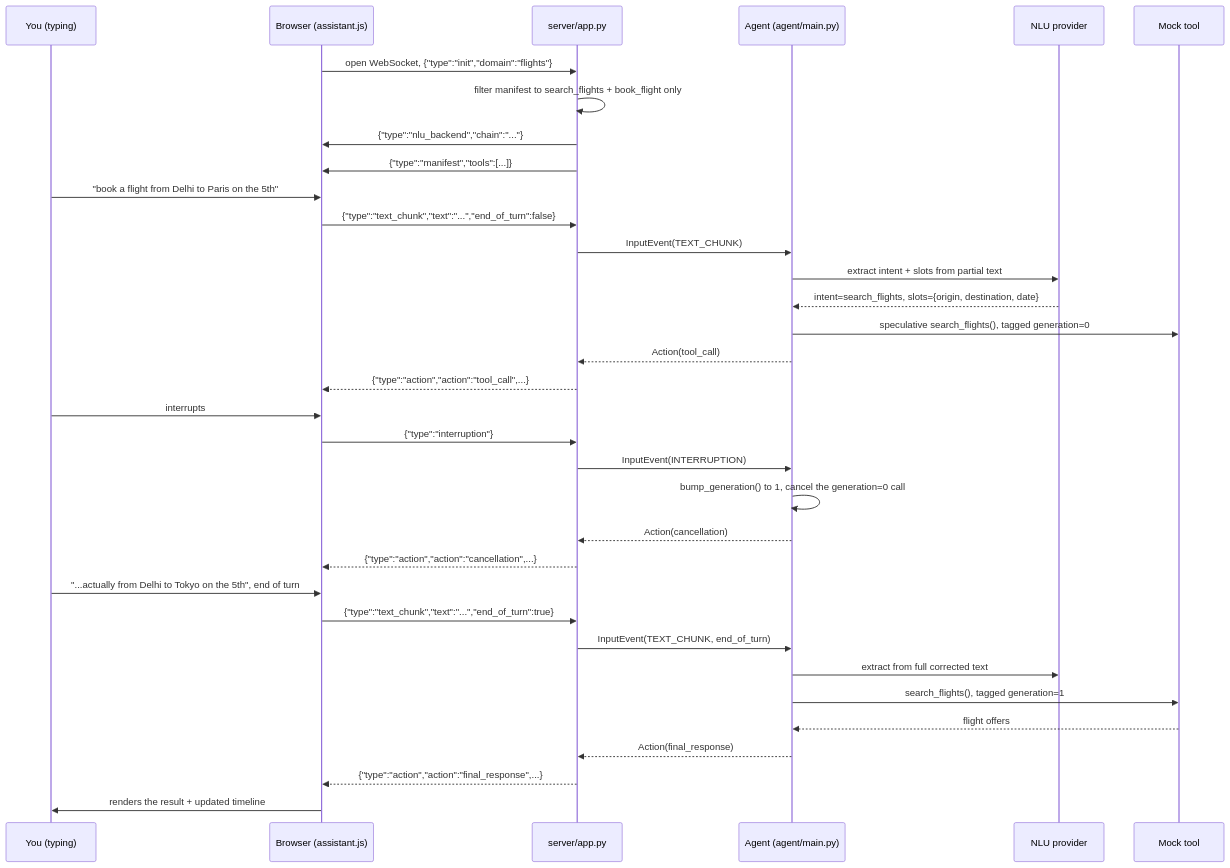
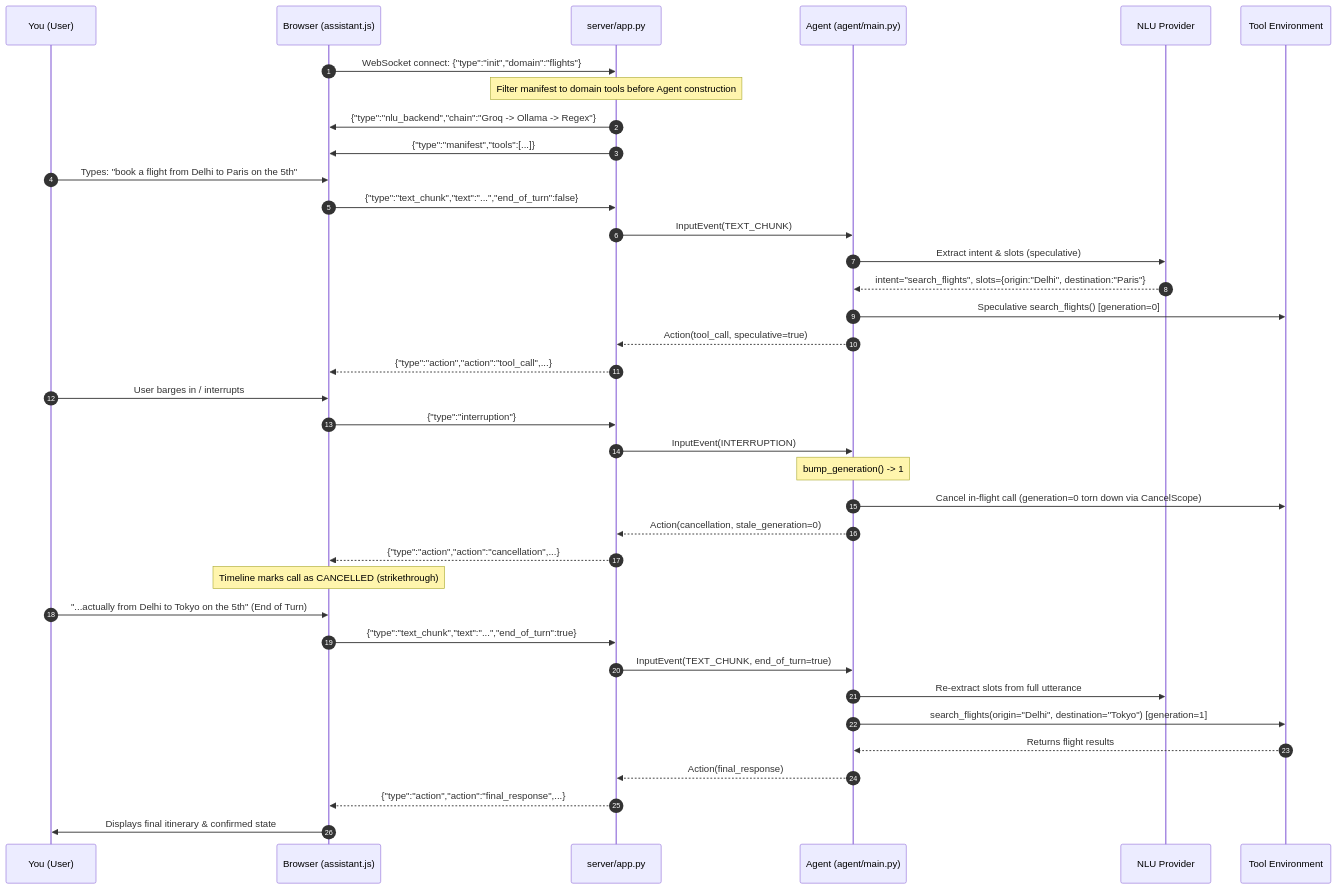
Before and after one commit to armanpanigrahi59/SamsungPrism_GenAI_Hackathon: the third of 3 diagrams in README.md, drawn with Mermaid. The commit also changed other lines of this file, not shown here.

Commit message:
docs: upgrade README with designer layout, badges, screenshots, and styled diagrams

````diff
--- a/README.md
+++ b/README.md
@@ -286,40 +371,43 @@
 ```mermaid
 sequenceDiagram
-    participant You as You (typing)
+    autonumber
+    participant You as You (User)
     participant Browser as Browser (assistant.js)
     participant Server as server/app.py
     participant Agent as Agent (agent/main.py)
-    participant NLU as NLU provider
-    participant Tool as Mock tool
+    participant NLU as NLU Provider
+    participant Tool as Tool Environment
 
-    Browser->>Server: open WebSocket, {"type":"init","domain":"flights"}
-    Server->>Server: filter manifest to search_flights + book_flight only
-    Server->>Browser: {"type":"nlu_backend","chain":"..."}
+    Browser->>Server: WebSocket connect: {"type":"init","domain":"flights"}
+    Note over Server: Filter manifest to domain tools before Agent construction
+    Server->>Browser: {"type":"nlu_backend","chain":"Groq -> Ollama -> Regex"}
     Server->>Browser: {"type":"manifest","tools":[...]}
 
-    You->>Browser: "book a flight from Delhi to Paris on the 5th"
+    You->>Browser: Types: "book a flight from Delhi to Paris on the 5th"
     Browser->>Server: {"type":"text_chunk","text":"...","end_of_turn":false}
     Server->>Agent: InputEvent(TEXT_CHUNK)
-    Agent->>NLU: extract intent + slots from partial text
-    NLU-->>Agent: intent=search_flights, slots={origin, destination, date}
-    Agent->>Tool: speculative search_flights(), tagged generation=0
-    Agent-->>Server: Action(tool_call)
+    Agent->>NLU: Extract intent & slots (speculative)
+    NLU-->>Agent: intent="search_flights", slots={origin:"Delhi", destination:"Paris"}
+    Agent->>Tool: Speculative search_flights() [generation=0]
+    Agent-->>Server: Action(tool_call, speculative=true)
     Server-->>Browser: {"type":"action","action":"tool_call",...}
 
-    You->>Browser: interrupts
+    You->>Browser: User barges in / interrupts
     Browser->>Server: {"type":"interruption"}
     Server->>Agent: InputEvent(INTERRUPTION)
-    Agent->>Agent: bump_generation() to 1, cancel the generation=0 call
-    Agent-->>Server: Action(cancellation)
+    Note over Agent: bump_generation() -> 1
+    Agent->>Tool: Cancel in-flight call (generation=0 torn down via CancelScope)
+    Agent-->>Server: Action(cancellation, stale_generation=0)
     Server-->>Browser: {"type":"action","action":"cancellation",...}
+    Note over Browser: Timeline marks call as CANCELLED (strikethrough)
 
-    You->>Browser: "...actually from Delhi to Tokyo on the 5th", end of turn
+    You->>Browser: "...actually from Delhi to Tokyo on the 5th" (End of Turn)
     Browser->>Server: {"type":"text_chunk","text":"...","end_of_turn":true}
-    Server->>Agent: InputEvent(TEXT_CHUNK, end_of_turn)
-    Agent->>NLU: extract from full corrected text
-    Agent->>Tool: search_flights(), tagged generation=1
-    Tool-->>Agent: flight offers
+    Server->>Agent: InputEvent(TEXT_CHUNK, end_of_turn=true)
+    Agent->>NLU: Re-extract slots from full utterance
+    Agent->>Tool: search_flights(origin="Delhi", destination="Tokyo") [generation=1]
+    Tool-->>Agent: Returns flight results
     Agent-->>Server: Action(final_response)
     Server-->>Browser: {"type":"action","action":"final_response",...}
-    Browser->>You: renders the result + updated timeline
+    Browser->>You: Displays final itinerary & confirmed state
 ```
````
